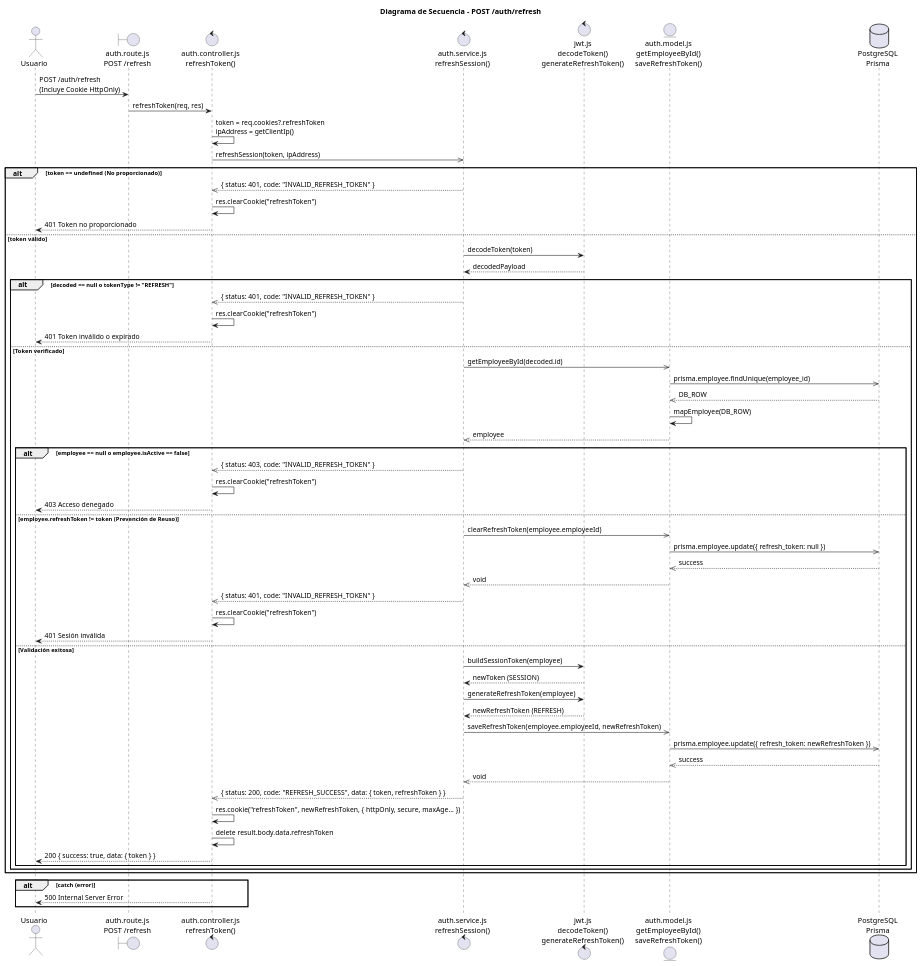
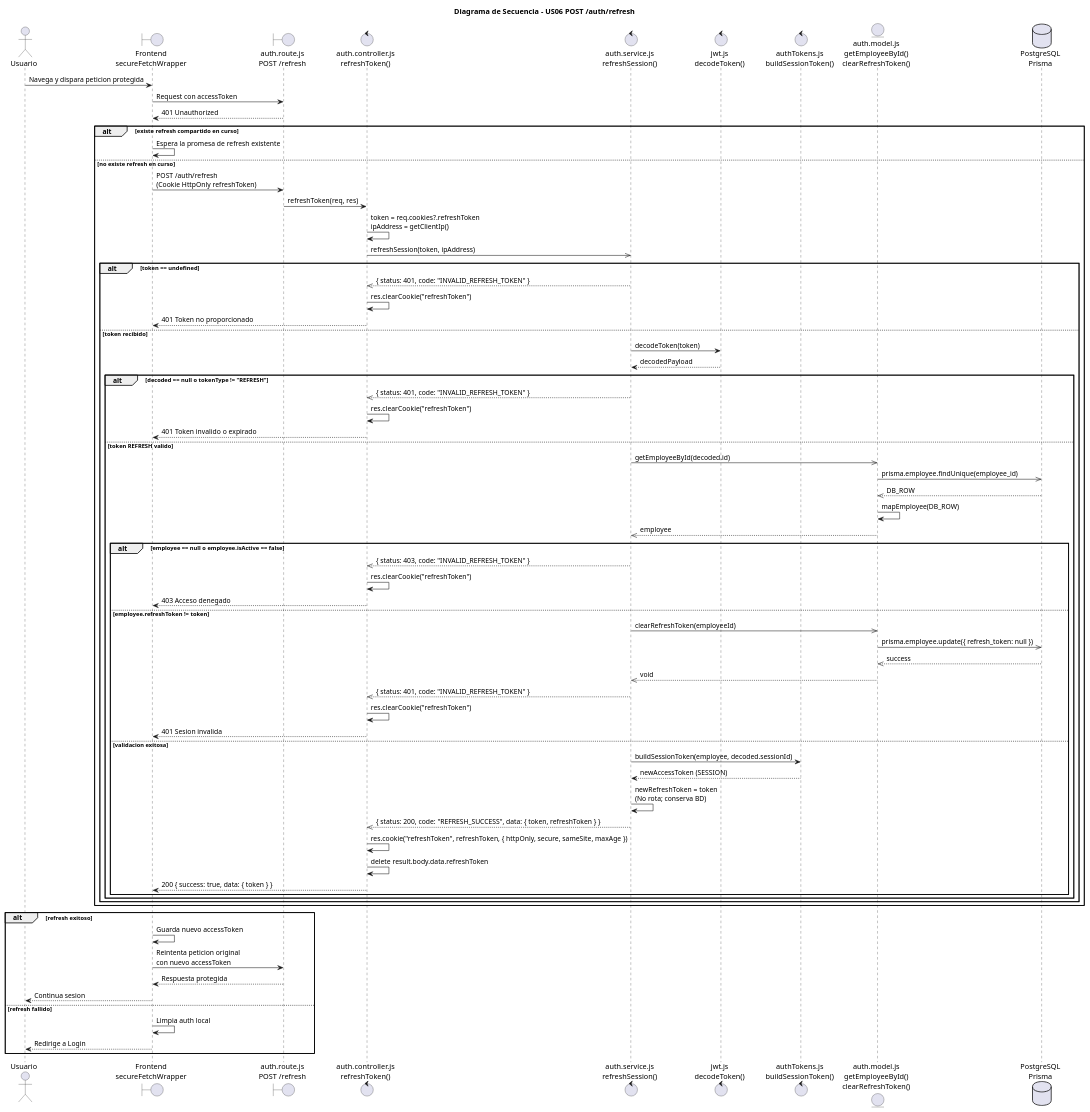
Before and after one commit to AztlanConsulting/RCHQ-Back: the diagram in diagrams/Sequence diagram/US06.puml, drawn with PlantUML. The commit also changed 1 other file, not shown here.

Commit message:
docs: se actualizan los diagramas de us 06

```diff
--- a/diagrams/Sequence diagram/US06.puml
+++ b/diagrams/Sequence diagram/US06.puml
@@ -1,74 +1,80 @@
 @startuml
-title Diagrama de Secuencia - POST /auth/refresh
+title Diagrama de Secuencia - US06 POST /auth/refresh
 
 actor Usuario
+boundary "Frontend\nsecureFetchWrapper" as Front
 boundary "auth.route.js\nPOST /refresh" as Route
 control "auth.controller.js\nrefreshToken()" as Controller
 control "auth.service.js\nrefreshSession()" as Service
-control "jwt.js\ndecodeToken()\ngenerateRefreshToken()" as JWT
-entity "auth.model.js\ngetEmployeeById()\nsaveRefreshToken()" as Model
+control "jwt.js\ndecodeToken()" as JWT
+control "authTokens.js\nbuildSessionToken()" as AuthTokens
+entity "auth.model.js\ngetEmployeeById()\nclearRefreshToken()" as Model
 database "PostgreSQL\nPrisma" as BD
 
-Usuario -> Route : POST /auth/refresh\n(Incluye Cookie HttpOnly)
-Route -> Controller : refreshToken(req, res)
+Usuario -> Front : Navega y dispara peticion protegida
+Front -> Route : Request con accessToken
+Route --> Front : 401 Unauthorized
 
-Controller -> Controller : token = req.cookies?.refreshToken\nipAddress = getClientIp()
+alt existe refresh compartido en curso
+    Front -> Front : Espera la promesa de refresh existente
+else no existe refresh en curso
+    Front -> Route : POST /auth/refresh\n(Cookie HttpOnly refreshToken)
+    Route -> Controller : refreshToken(req, res)
+    Controller -> Controller : token = req.cookies?.refreshToken\nipAddress = getClientIp()
+    Controller ->> Service : refreshSession(token, ipAddress)
 
-Controller ->> Service : refreshSession(token, ipAddress)
-
-alt token == undefined (No proporcionado)
-    Service -->> Controller : { status: 401, code: "INVALID_REFRESH_TOKEN" }
-    Controller -> Controller : res.clearCookie("refreshToken")
-    Controller --> Usuario : 401 Token no proporcionado
-else token válido
-    Service -> JWT : decodeToken(token)
-    JWT --> Service : decodedPayload
-    
-    alt decoded == null o tokenType != "REFRESH"
+    alt token == undefined
         Service -->> Controller : { status: 401, code: "INVALID_REFRESH_TOKEN" }
         Controller -> Controller : res.clearCookie("refreshToken")
-        Controller --> Usuario : 401 Token inválido o expirado
-    else Token verificado
-        Service ->> Model : getEmployeeById(decoded.id)
-        Model ->> BD : prisma.employee.findUnique(employee_id)
-        BD -->> Model : DB_ROW
-        Model -> Model : mapEmployee(DB_ROW)
-        Model -->> Service : employee
-        
-        alt employee == null o employee.isActive == false
-            Service -->> Controller : { status: 403, code: "INVALID_REFRESH_TOKEN" }
-            Controller -> Controller : res.clearCookie("refreshToken")
-            Controller --> Usuario : 403 Acceso denegado
-        else employee.refreshToken != token (Prevención de Reuso)
-            Service ->> Model : clearRefreshToken(employee.employeeId)
-            Model ->> BD : prisma.employee.update({ refresh_token: null })
-            BD -->> Model : success
-            Model -->> Service : void
+        Controller --> Front : 401 Token no proporcionado
+    else token recibido
+        Service -> JWT : decodeToken(token)
+        JWT --> Service : decodedPayload
+
+        alt decoded == null o tokenType != "REFRESH"
             Service -->> Controller : { status: 401, code: "INVALID_REFRESH_TOKEN" }
             Controller -> Controller : res.clearCookie("refreshToken")
-            Controller --> Usuario : 401 Sesión inválida
-        else Validación exitosa
-            Service -> JWT : buildSessionToken(employee)
-            JWT --> Service : newToken (SESSION)
-            Service -> JWT : generateRefreshToken(employee)
-            JWT --> Service : newRefreshToken (REFRESH)
-            
-            Service ->> Model : saveRefreshToken(employee.employeeId, newRefreshToken)
-            Model ->> BD : prisma.employee.update({ refresh_token: newRefreshToken })
-            BD -->> Model : success
-            Model -->> Service : void
-            
-            Service -->> Controller : { status: 200, code: "REFRESH_SUCCESS", data: { token, refreshToken } }
-            
-            Controller -> Controller : res.cookie("refreshToken", newRefreshToken, { httpOnly, secure, maxAge... })
-            Controller -> Controller : delete result.body.data.refreshToken
-            Controller --> Usuario : 200 { success: true, data: { token } }
+            Controller --> Front : 401 Token invalido o expirado
+        else token REFRESH valido
+            Service ->> Model : getEmployeeById(decoded.id)
+            Model ->> BD : prisma.employee.findUnique(employee_id)
+            BD -->> Model : DB_ROW
+            Model -> Model : mapEmployee(DB_ROW)
+            Model -->> Service : employee
+
+            alt employee == null o employee.isActive == false
+                Service -->> Controller : { status: 403, code: "INVALID_REFRESH_TOKEN" }
+                Controller -> Controller : res.clearCookie("refreshToken")
+                Controller --> Front : 403 Acceso denegado
+            else employee.refreshToken != token
+                Service ->> Model : clearRefreshToken(employeeId)
+                Model ->> BD : prisma.employee.update({ refresh_token: null })
+                BD -->> Model : success
+                Model -->> Service : void
+                Service -->> Controller : { status: 401, code: "INVALID_REFRESH_TOKEN" }
+                Controller -> Controller : res.clearCookie("refreshToken")
+                Controller --> Front : 401 Sesion invalida
+            else validacion exitosa
+                Service -> AuthTokens : buildSessionToken(employee, decoded.sessionId)
+                AuthTokens --> Service : newAccessToken (SESSION)
+                Service -> Service : newRefreshToken = token\n(No rota; conserva BD)
+                Service -->> Controller : { status: 200, code: "REFRESH_SUCCESS", data: { token, refreshToken } }
+                Controller -> Controller : res.cookie("refreshToken", refreshToken, { httpOnly, secure, sameSite, maxAge })
+                Controller -> Controller : delete result.body.data.refreshToken
+                Controller --> Front : 200 { success: true, data: { token } }
+            end
         end
     end
 end
 
-alt catch (error)
-    Controller --> Usuario : 500 Internal Server Error
+alt refresh exitoso
+    Front -> Front : Guarda nuevo accessToken
+    Front -> Route : Reintenta peticion original\ncon nuevo accessToken
+    Route --> Front : Respuesta protegida
+    Front --> Usuario : Continua sesion
+else refresh fallido
+    Front -> Front : Limpia auth local
+    Front --> Usuario : Redirige a Login
 end
 
 @enduml
```
